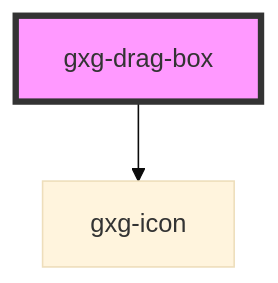
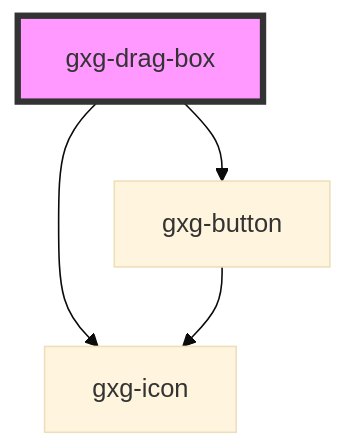
Before and after one commit to genexuslabs/gemini: the diagram in src/components/drag-box/readme.md, drawn with Mermaid (base theme). The commit also changed other lines of this file and 8 other files, not shown here.

````diff
--- a/src/components/drag-box/readme.md
+++ b/src/components/drag-box/readme.md
@@ -34,5 +41,7 @@
 ```mermaid
 graph TD;
   gxg-drag-box --> gxg-icon
+  gxg-drag-box --> gxg-button
+  gxg-button --> gxg-icon
   style gxg-drag-box fill:#f9f,stroke:#333,stroke-width:4px
 ```
````
